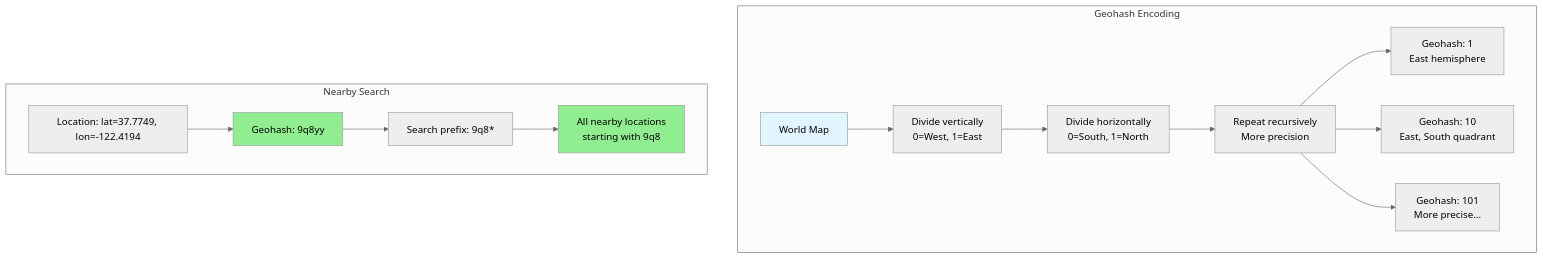
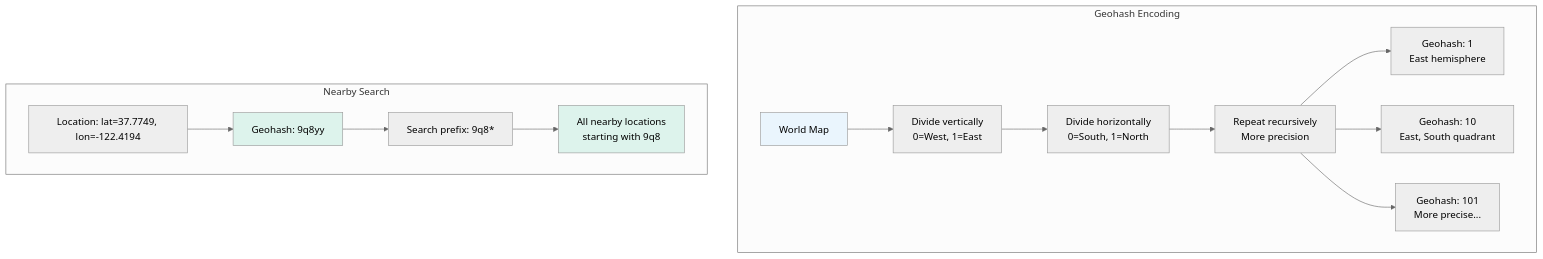
One commit to cartmancodes/InterviewVault changed diagram 19 of 34 in LLD/CoreConcepts/DataIndexing.md. Above: the diagram before and after it, drawn with Mermaid (neutral theme). The commit also changed other lines of this file and 679 other files, not shown here.

Commit message:
Unify content diagrams and add accessible visual walkthroughs

````diff
--- a/LLD/CoreConcepts/DataIndexing.md
+++ b/LLD/CoreConcepts/DataIndexing.md
@@ -650,25 +650,25 @@
 ```mermaid
 graph TB
     subgraph "Geohash Encoding"
         WORLD[World Map]
         
         WORLD --> D1[Divide vertically<br/>0=West, 1=East]
         D1 --> D2[Divide horizontally<br/>0=South, 1=North]
         D2 --> D3[Repeat recursively<br/>More precision]
         
         D3 --> GH1[Geohash: 1<br/>East hemisphere]
         D3 --> GH2[Geohash: 10<br/>East, South quadrant]
         D3 --> GH3[Geohash: 101<br/>More precise...]
     end
     
     subgraph "Nearby Search"
         LOC[Location: lat=37.7749, lon=-122.4194]
         LOC --> HASH[Geohash: 9q8yy]
         HASH --> SEARCH[Search prefix: 9q8*]
         SEARCH --> RESULTS[All nearby locations<br/>starting with 9q8]
     end
     
-    style WORLD fill:#e1f5ff
-    style HASH fill:#90EE90
-    style RESULTS fill:#90EE90
+    style WORLD fill:#EAF5FD
+    style HASH fill:#DDF3EC
+    style RESULTS fill:#DDF3EC
 ```
````
